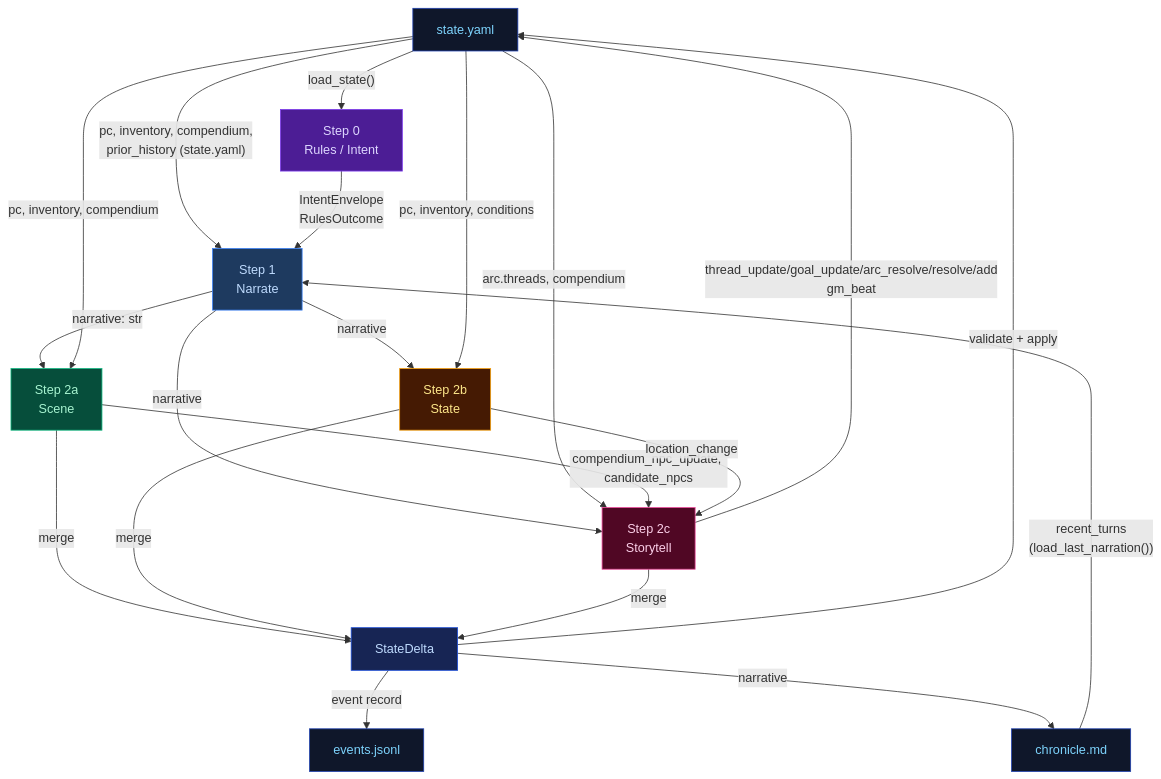
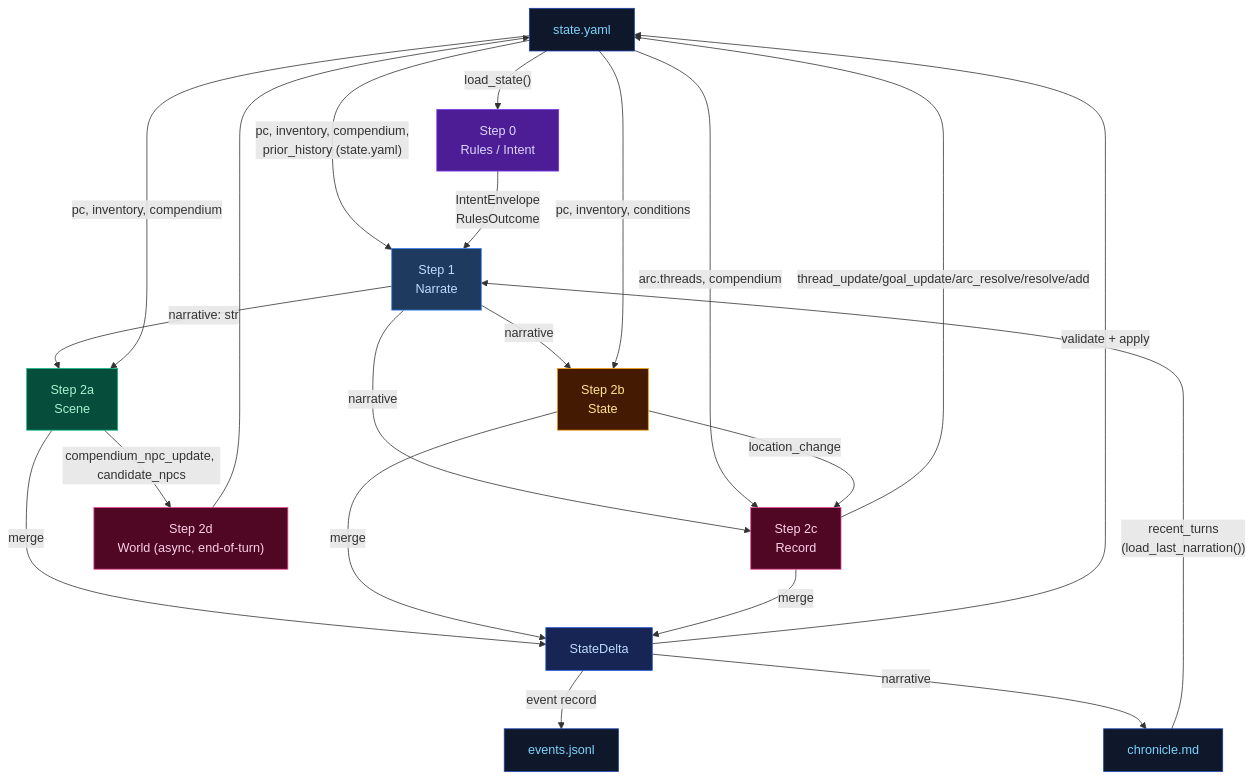
The diagram in docs/architecture/cross-pipeline.md (pww217/fablethread), drawn with Mermaid before and after one commit. The commit also changed 19 other files, not shown here.

````diff
--- a/docs/architecture/cross-pipeline.md
+++ b/docs/architecture/cross-pipeline.md
@@ -3,32 +3,34 @@
 ```mermaid
 flowchart TD
     classDef stageRules    fill:#4c1d95,color:#ddd6fe,stroke:#7c3aed
     classDef stageNarrate  fill:#1e3a5f,color:#bfdbfe,stroke:#3b82f6
     classDef stageScene    fill:#064e3b,color:#a7f3d0,stroke:#10b981
     classDef stageState    fill:#451a03,color:#fde68a,stroke:#f59e0b
     classDef stageProgress fill:#500724,color:#fbcfe8,stroke:#ec4899
     classDef storageNode   fill:#0f172a,color:#7dd3fc,stroke:#1e40af
     classDef mergeNode     fill:#172554,color:#bfdbfe,stroke:#1d4ed8
 
     STATE["state.yaml"]:::storageNode
     CHRONICLE["chronicle.md"]:::storageNode
     EVENTS["events.jsonl"]:::storageNode
 
     STATE -- "load_state()" --> STEP0["Step 0<br>Rules / Intent"]:::stageRules
     CHRONICLE -- "recent_turns<br>(load_last_narration())" --> STEP1["Step 1<br>Narrate"]:::stageNarrate
     STATE -- "pc, inventory, compendium,<br>prior_history (state.yaml)" --> STEP1
     STEP0 -- "IntentEnvelope<br>RulesOutcome" --> STEP1
     STEP1 -- "narrative: str" --> STEP2A["Step 2a<br>Scene"]:::stageScene
     STEP1 -- "narrative" --> STEP2B["Step 2b<br>State"]:::stageState
-    STEP1 -- "narrative" --> STEP2C["Step 2c<br>Storytell"]:::stageProgress
+    STEP1 -- "narrative" --> STEP2C["Step 2c<br>Record"]:::stageProgress
+    STEP2D["Step 2d<br>World (async, end-of-turn)"]:::stageProgress
     STATE -- "pc, inventory, compendium" --> STEP2A
     STATE -- "pc, inventory, conditions" --> STEP2B
     STATE -- "arc.threads, compendium" --> STEP2C
-    STEP2A -- "compendium_npc_update, candidate_npcs" --> STEP2C
+    STEP2A -- "compendium_npc_update, candidate_npcs" --> STEP2D
     STEP2B -- "location_change" --> STEP2C
     STEP2A & STEP2B & STEP2C -- "merge" --> DELTA["StateDelta"]:::mergeNode
     DELTA -- "validate + apply" --> STATE
     DELTA -- "event record" --> EVENTS
     DELTA -- "narrative" --> CHRONICLE
-    STEP2C -- "thread_update/goal_update/arc_resolve/resolve/add<br>gm_beat" --> STATE
+    STEP2C -- "thread_update/goal_update/arc_resolve/resolve/add" --> STATE
+    STEP2D --> STATE
 ```
````
